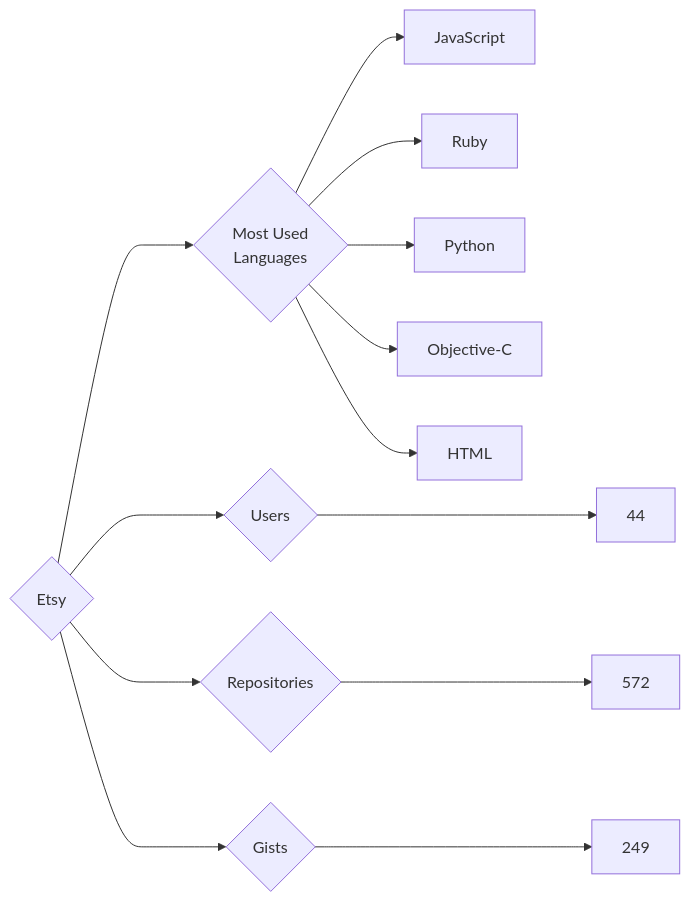
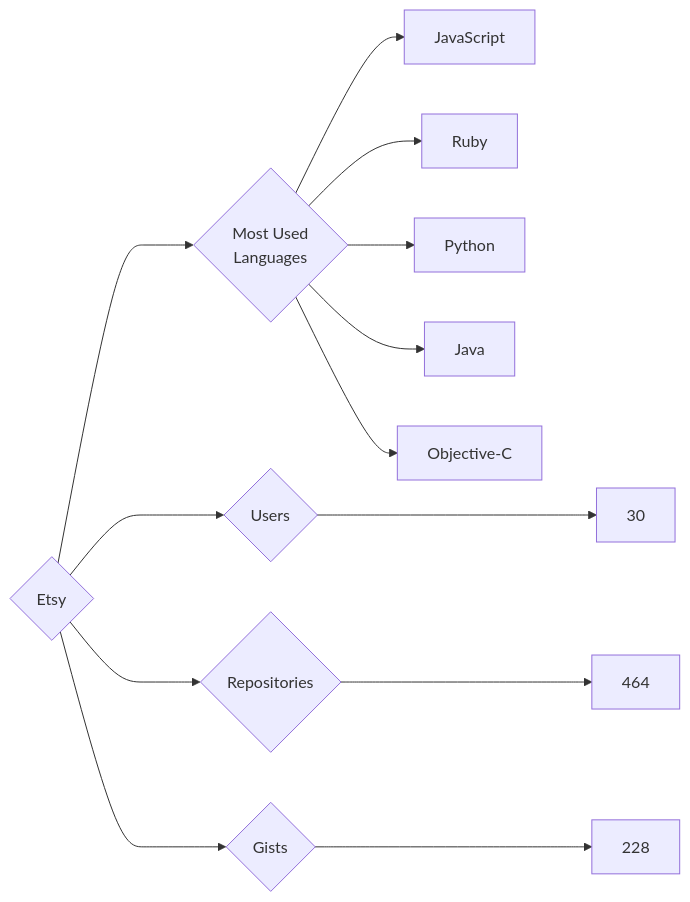
Before and after one commit to trickest/insiders: the diagram in targets/Etsy/README.md, drawn with Mermaid. The commit also changed 925 other files, not shown here.

````diff
--- a/targets/Etsy/README.md
+++ b/targets/Etsy/README.md
@@ -3,13 +3,13 @@
 ```mermaid
 graph LR
 COMPANY_NAME{Etsy}
-COMPANY_NAME ---> U{Users} ---> UN[44]
-COMPANY_NAME ---> R{Repositories} ---> RN[572]
-COMPANY_NAME ---> G{Gists} ---> GN[249]
+COMPANY_NAME ---> U{Users} ---> UN[30]
+COMPANY_NAME ---> R{Repositories} ---> RN[464]
+COMPANY_NAME ---> G{Gists} ---> GN[228]
 COMPANY_NAME ---> ML{Most Used<br>Languages}
 ML --> JavaScript[JavaScript]
 ML --> Ruby[Ruby]
 ML --> Python[Python]
+ML --> Java[Java]
 ML --> Objective-C[Objective-C]
-ML --> HTML[HTML]
 ```
````
